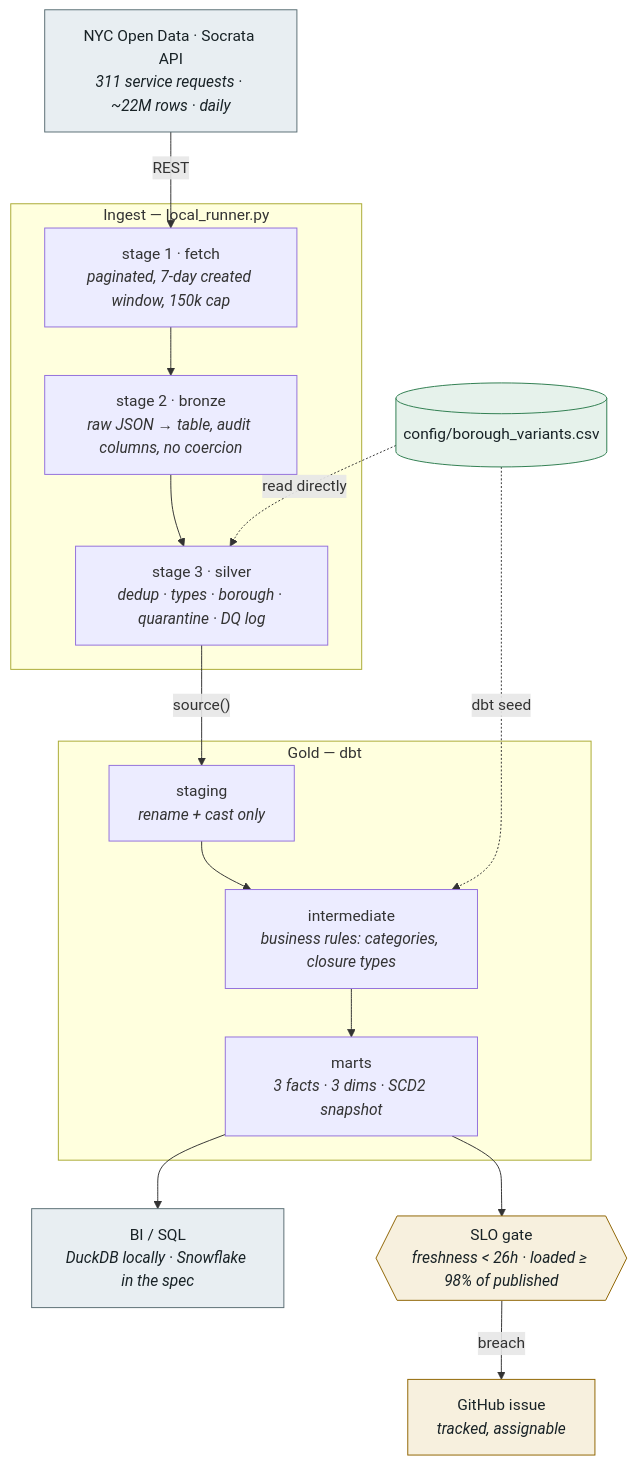
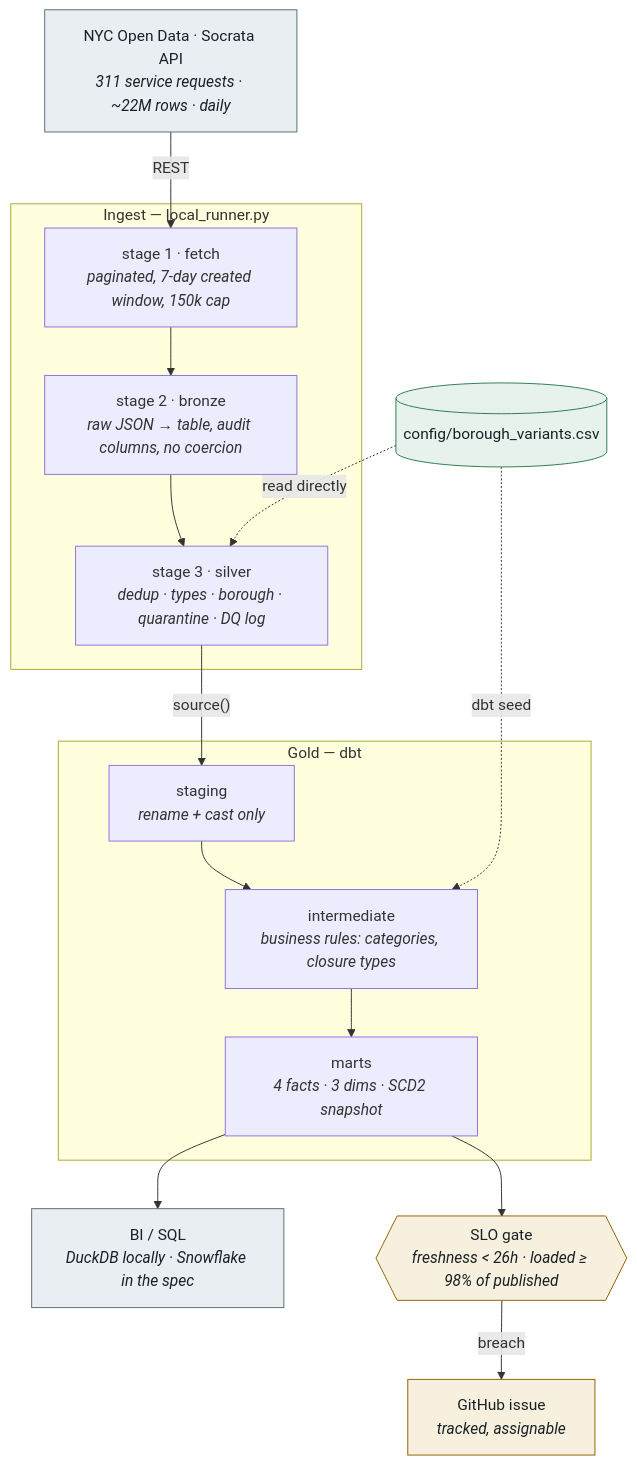
Before and after one commit to mcarter100k/nyc311-data-platform: the diagram in docs/ARCHITECTURE.md, drawn with Mermaid. The commit also changed other lines of this file and 6 other files, not shown here.

````diff
--- a/docs/ARCHITECTURE.md
+++ b/docs/ARCHITECTURE.md
@@ -11,34 +11,34 @@
 ```mermaid
 flowchart TD
     API["NYC Open Data · Socrata API<br/><i>311 service requests · ~22M rows · daily</i>"]
 
     subgraph INGEST["Ingest — local_runner.py"]
         S1["stage 1 · fetch<br/><i>paginated, 7-day created window, 150k cap</i>"]
         S2["stage 2 · bronze<br/><i>raw JSON → table, audit columns, no coercion</i>"]
         S3["stage 3 · silver<br/><i>dedup · types · borough · quarantine · DQ log</i>"]
     end
 
     subgraph GOLD["Gold — dbt"]
         STG["staging<br/><i>rename + cast only</i>"]
         INT["intermediate<br/><i>business rules: categories, closure types</i>"]
-        MRT["marts<br/><i>3 facts · 3 dims · SCD2 snapshot</i>"]
+        MRT["marts<br/><i>4 facts · 3 dims · SCD2 snapshot</i>"]
     end
 
     OUT["BI / SQL<br/><i>DuckDB locally · Snowflake in the spec</i>"]
     SLO{{"SLO gate<br/><i>freshness &lt; 26h · loaded ≥ 98% of published</i>"}}
 
     API -->|"REST"| S1 --> S2 --> S3
     S3 -->|"source()"| STG --> INT --> MRT --> OUT
     MRT --> SLO
     SLO -->|"breach"| ISSUE["GitHub issue<br/><i>tracked, assignable</i>"]
 
     CFG[("config/borough_variants.csv")] -.->|"read directly"| S3
     CFG -.->|"dbt seed"| INT
 
     classDef ext fill:#e8eef2,stroke:#5A6E74,color:#182226
     classDef gate fill:#f7f0de,stroke:#8F6400,color:#182226
     classDef cfg fill:#e6f2eb,stroke:#2E7D4F,color:#182226
     class API,OUT ext
     class SLO,ISSUE gate
     class CFG cfg
 ```
````
